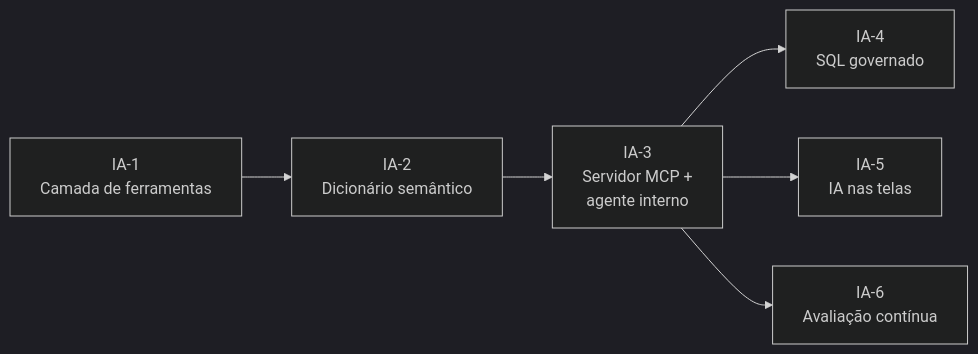
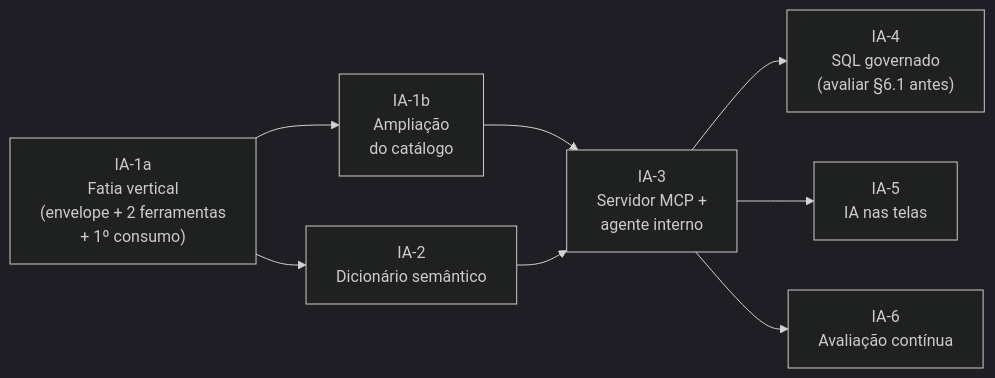
One commit to michaelferreir12345678/plataforma_fiscal_backend changed the second of 3 diagrams in docs/mcp_inteligencia_plataforma.md. Above: the diagram before and after it, drawn with Mermaid (dark theme). The commit also changed other lines of this file, not shown here.

First line of the commit message:
docs: fatia a IA-1 em vertical fina (IA-1a) + ampliacao (IA-1b)

````diff
--- a/docs/mcp_inteligencia_plataforma.md
+++ b/docs/mcp_inteligencia_plataforma.md
@@ -238,8 +238,10 @@
 ```mermaid
 flowchart LR
-    IA1["IA-1<br/>Camada de ferramentas"] --> IA2["IA-2<br/>Dicionário semântico"]
-    IA2 --> IA3["IA-3<br/>Servidor MCP +<br/>agente interno"]
-    IA3 --> IA4["IA-4<br/>SQL governado"]
+    IA1a["IA-1a<br/>Fatia vertical<br/>(envelope + 2 ferramentas<br/>+ 1º consumo)"] --> IA1b["IA-1b<br/>Ampliação<br/>do catálogo"]
+    IA1a --> IA2["IA-2<br/>Dicionário semântico"]
+    IA1b --> IA3["IA-3<br/>Servidor MCP +<br/>agente interno"]
+    IA2 --> IA3
+    IA3 --> IA4["IA-4<br/>SQL governado<br/>(avaliar §6.1 antes)"]
     IA3 --> IA5["IA-5<br/>IA nas telas"]
     IA3 --> IA6["IA-6<br/>Avaliação contínua"]
 ```
````
